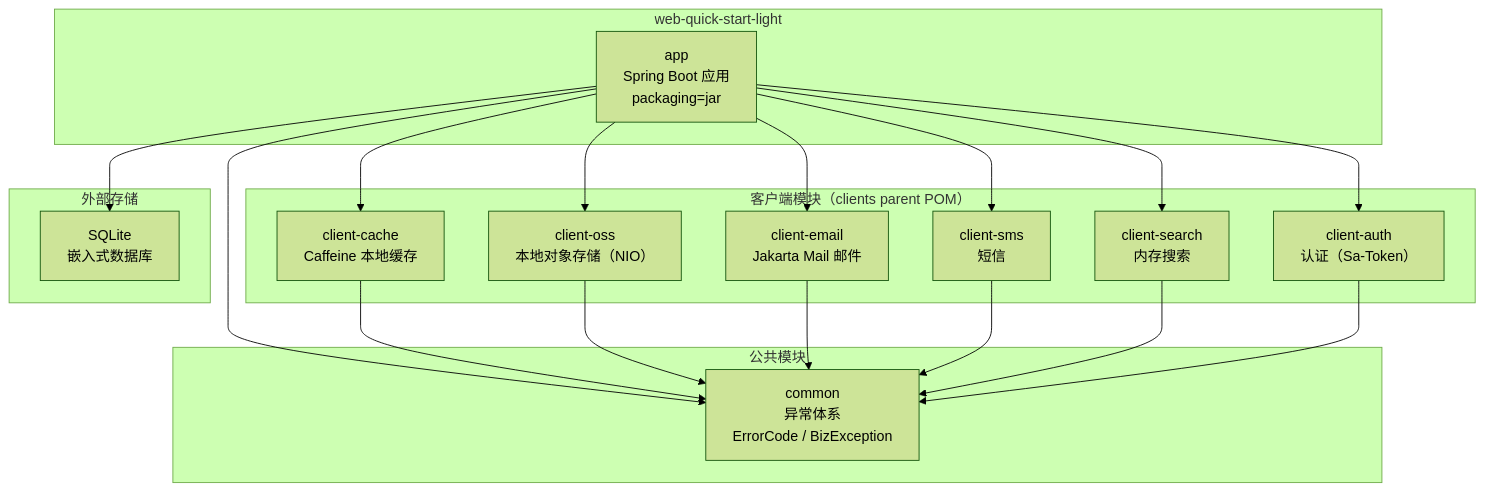
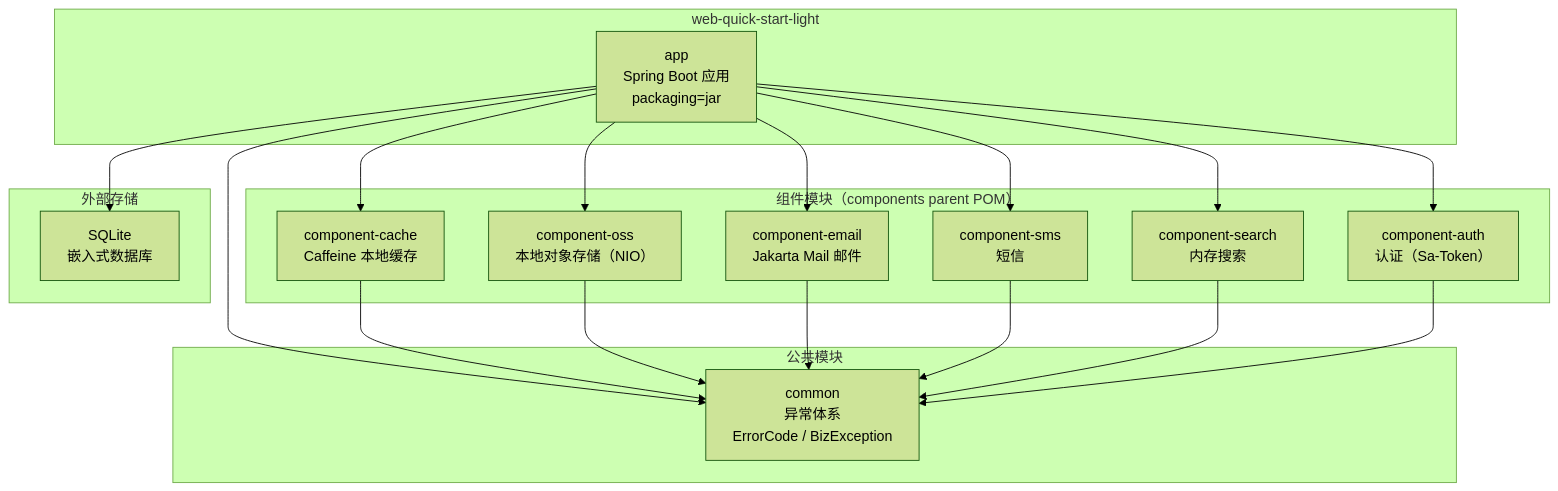
The diagram in docs/architecture/system-overview.md (LeoNardo-LB/web-quick-start-light), drawn with Mermaid (forest theme) before and after one commit. The commit also changed other lines of this file and 28 other files, not shown here.

First line of the commit message:
docs: 完成文档重命名 client-* → component-* 及引用更新

````diff
--- a/docs/architecture/system-overview.md
+++ b/docs/architecture/system-overview.md
@@ -21,39 +21,39 @@
 ```mermaid
 graph TD
     subgraph "web-quick-start-light"
         APP["app<br/>Spring Boot 应用<br/>packaging=jar"]
     end
 
     subgraph "公共模块"
         COMMON["common<br/>异常体系<br/>ErrorCode / BizException"]
     end
 
-    subgraph "客户端模块（clients parent POM）"
-        CACHE["client-cache<br/>Caffeine 本地缓存"]
-        OSS["client-oss<br/>本地对象存储（NIO）"]
-        EMAIL["client-email<br/>Jakarta Mail 邮件"]
-        SMS["client-sms<br/>短信"]
-        SEARCH["client-search<br/>内存搜索"]
-        AUTH["client-auth<br/>认证（Sa-Token）"]
+    subgraph "组件模块（components parent POM）"
+        CACHE["component-cache<br/>Caffeine 本地缓存"]
+        OSS["component-oss<br/>本地对象存储（NIO）"]
+        EMAIL["component-email<br/>Jakarta Mail 邮件"]
+        SMS["component-sms<br/>短信"]
+        SEARCH["component-search<br/>内存搜索"]
+        AUTH["component-auth<br/>认证（Sa-Token）"]
     end
 
     subgraph "外部存储"
         SQLITE["SQLite<br/>嵌入式数据库"]
     end
 
     APP --> COMMON
     APP --> CACHE
     APP --> OSS
     APP --> EMAIL
     APP --> SMS
     APP --> SEARCH
     APP --> AUTH
     APP --> SQLITE
 
     CACHE --> COMMON
     OSS --> COMMON
     EMAIL --> COMMON
     SMS --> COMMON
     SEARCH --> COMMON
     AUTH --> COMMON
 ```
````
